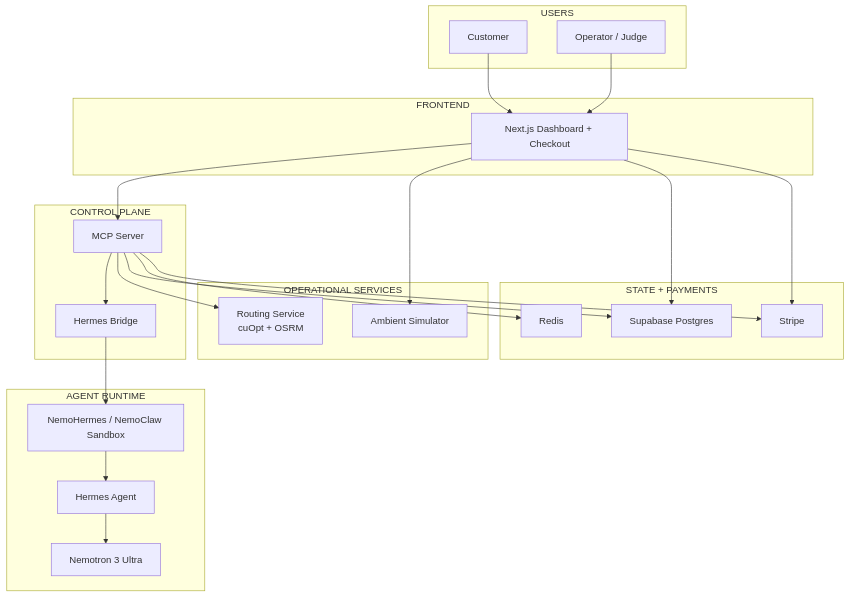
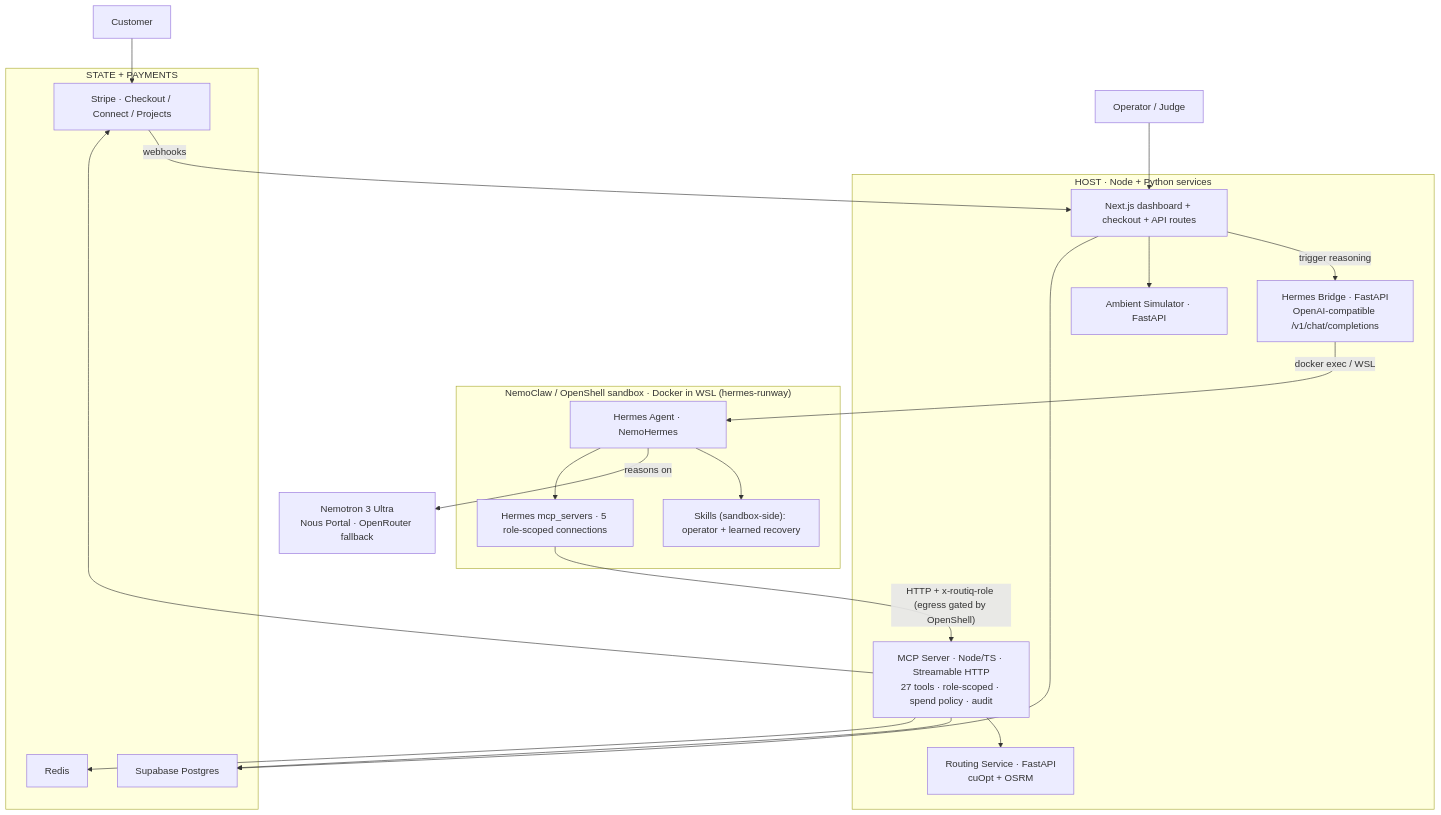
Before and after one commit to Snehal707/HermesRoutiq: the diagram in ARCHITECTURE.md, drawn with Mermaid. The commit also changed other lines of this file and 1 other file, not shown here.

Commit message:
docs: correct architecture — Hermes inside NemoClaw sandbox with outbound role-scoped MCP
Fixes diagrams to show the agent running inside the NemoClaw/OpenShell sandbox, reasoning on Nemotron 3 Ultra, and reaching the MCP server outbound via 5 role-scoped x-routiq-role connections (monitoring 3, routing 7, finance 4, operations 11, payment 2).

````diff
--- a/ARCHITECTURE.md
+++ b/ARCHITECTURE.md
@@ -8,51 +8,46 @@
 ```mermaid
 flowchart TB
-  subgraph users["USERS"]
-    customer["Customer"]
-    operator["Operator / Judge"]
+  customer["Customer"]
+  operator["Operator / Judge"]
+
+  subgraph host["HOST · Node + Python services"]
+    web["Next.js dashboard + checkout + API routes"]
+    bridge["Hermes Bridge · FastAPI<br/>OpenAI-compatible /v1/chat/completions"]
+    mcp["MCP Server · Node/TS · Streamable HTTP<br/>27 tools · role-scoped · spend policy · audit"]
+    routing["Routing Service · FastAPI<br/>cuOpt + OSRM"]
+    simulator["Ambient Simulator · FastAPI"]
   end
 
-  subgraph ui["FRONTEND"]
-    web["Next.js Dashboard + Checkout"]
+  subgraph runtime["NemoClaw / OpenShell sandbox · Docker in WSL (hermes-runway)"]
+    hermes["Hermes Agent · NemoHermes"]
+    skills["Skills (sandbox-side): operator + learned recovery"]
+    mcpcfg["Hermes mcp_servers · 5 role-scoped connections"]
   end
 
-  subgraph control["CONTROL PLANE"]
-    mcp["MCP Server"]
-    bridge["Hermes Bridge"]
-  end
-
-  subgraph runtime["AGENT RUNTIME"]
-    sandbox["NemoHermes / NemoClaw Sandbox"]
-    hermes["Hermes Agent"]
-    model["Nemotron 3 Ultra"]
-  end
-
-  subgraph services["OPERATIONAL SERVICES"]
-    routing["Routing Service\ncuOpt + OSRM"]
-    simulator["Ambient Simulator"]
-  end
+  model["Nemotron 3 Ultra<br/>Nous Portal · OpenRouter fallback"]
 
   subgraph data["STATE + PAYMENTS"]
     postgres["Supabase Postgres"]
     redis["Redis"]
-    stripe["Stripe"]
+    stripe["Stripe · Checkout / Connect / Projects"]
   end
 
-  customer --> web
+  customer --> stripe
   operator --> web
+  stripe -->|webhooks| web
 
-  web --> mcp
+  web -->|trigger reasoning| bridge
+  bridge -->|docker exec / WSL| hermes
+  hermes --> skills
+  hermes -->|reasons on| model
+  hermes --> mcpcfg
+  mcpcfg -->|"HTTP + x-routiq-role (egress gated by OpenShell)"| mcp
+
   web --> simulator
   web --> postgres
-  web --> stripe
 
-  mcp --> bridge
   mcp --> routing
   mcp --> postgres
   mcp --> redis
   mcp --> stripe
-
-  bridge --> sandbox
-  sandbox --> hermes
-  hermes --> model
 ```
````
